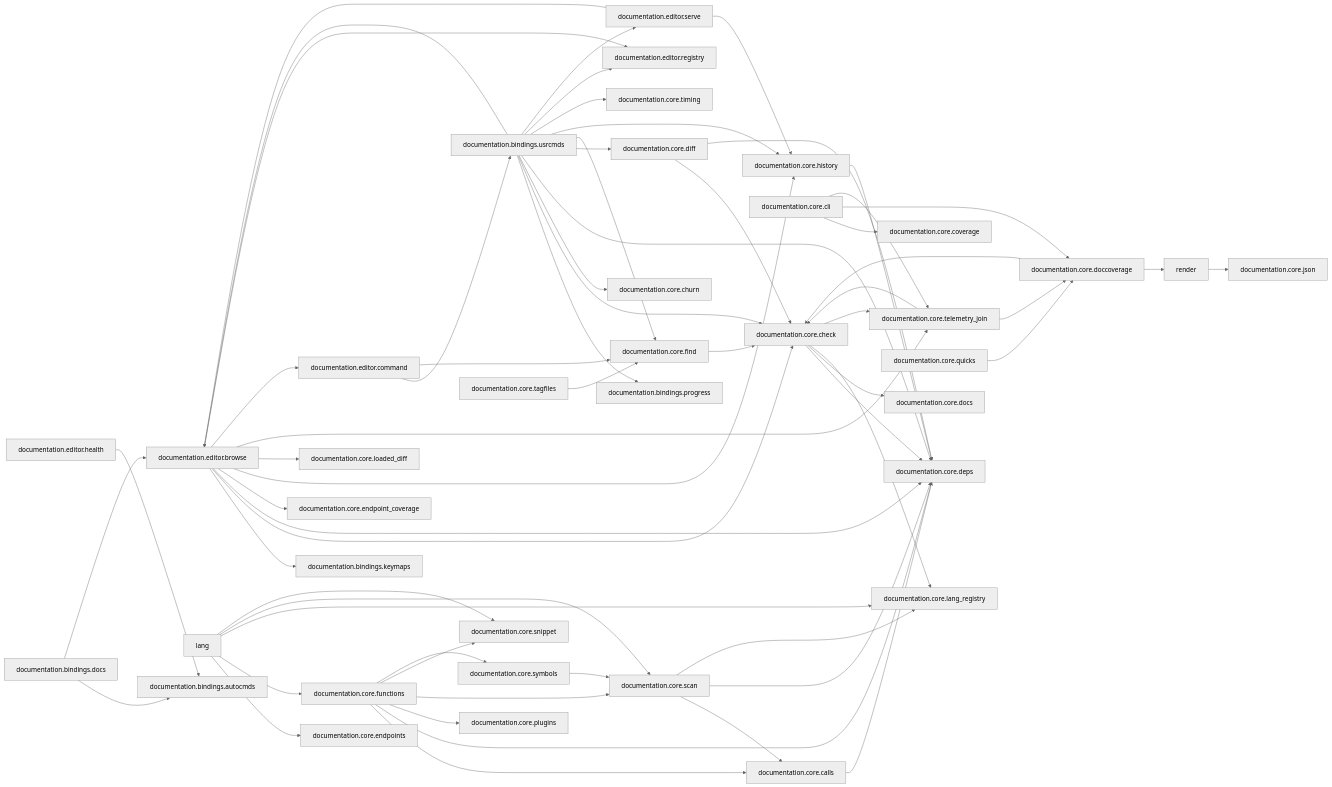
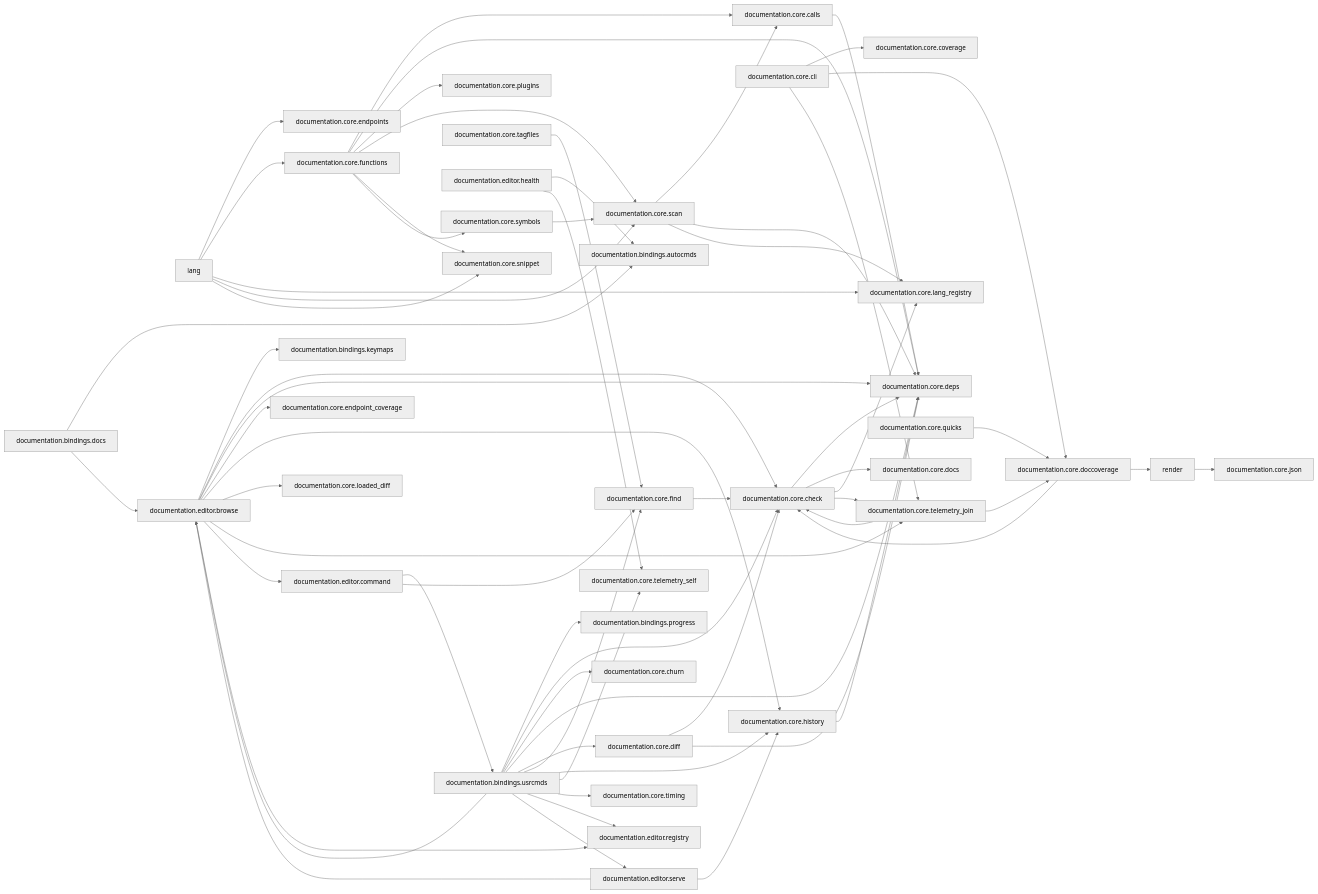
One commit to StefanBartl/documentation.nvim changed the second of 2 diagrams in docs/map/overview.md. Above: the diagram before and after it, drawn with Mermaid (neutral theme). The commit also changed other lines of this file and 10 other files, not shown here.

First line of the commit message:
feat(telemetry): self-instrument with runtime-analysis.telemetry (write side of step 8)

````diff
--- a/docs/map/overview.md
+++ b/docs/map/overview.md
@@ -72,6 +72,7 @@
   nlua_documentation_core_symbols_lua["documentation.core.symbols"]
   nlua_documentation_core_tagfiles_lua["documentation.core.tagfiles"]
   nlua_documentation_core_telemetry_join_lua["documentation.core.telemetry_join"]
+  nlua_documentation_core_telemetry_self_lua["documentation.core.telemetry_self"]
   nlua_documentation_core_timing_lua["documentation.core.timing"]
   nlua_documentation_editor_browse["documentation.editor.browse"]
   nlua_documentation_editor_command_lua["documentation.editor.command"]
@@ -87,6 +88,7 @@
   nlua_documentation_bindings_usrcmds --> nlua_documentation_core_diff_lua
   nlua_documentation_bindings_usrcmds --> nlua_documentation_core_find_lua
   nlua_documentation_bindings_usrcmds --> nlua_documentation_core_history_lua
+  nlua_documentation_bindings_usrcmds --> nlua_documentation_core_telemetry_self_lua
   nlua_documentation_bindings_usrcmds --> nlua_documentation_core_timing_lua
   nlua_documentation_bindings_usrcmds --> nlua_documentation_editor_browse
   nlua_documentation_bindings_usrcmds --> nlua_documentation_editor_registry_lua
@@ -137,6 +139,7 @@
   nlua_documentation_editor_command_lua --> nlua_documentation_bindings_usrcmds
   nlua_documentation_editor_command_lua --> nlua_documentation_core_find_lua
   nlua_documentation_editor_health_lua --> nlua_documentation_bindings_autocmds_lua
+  nlua_documentation_editor_health_lua --> nlua_documentation_core_telemetry_self_lua
   nlua_documentation_editor_serve_lua --> nlua_documentation_core_history_lua
   nlua_documentation_editor_serve_lua --> nlua_documentation_editor_browse
 ```
````
